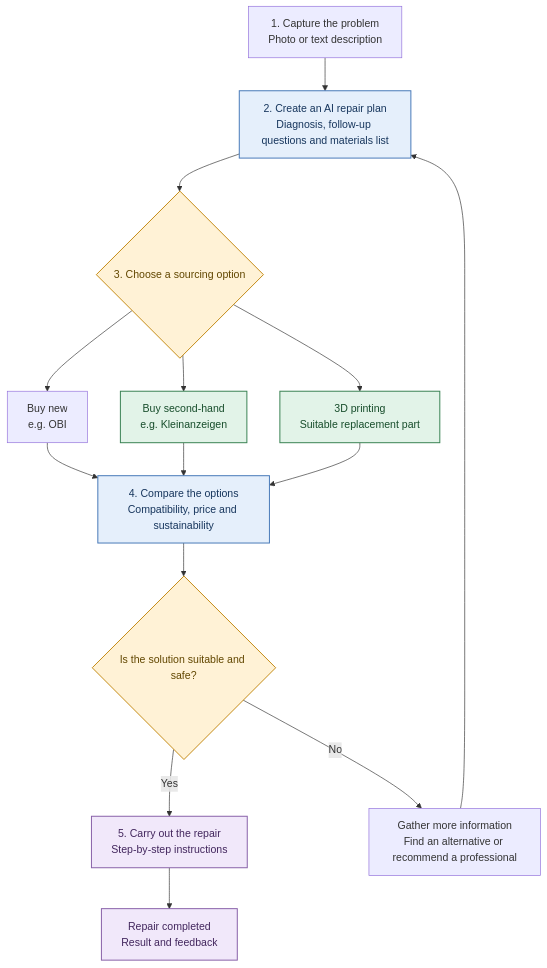
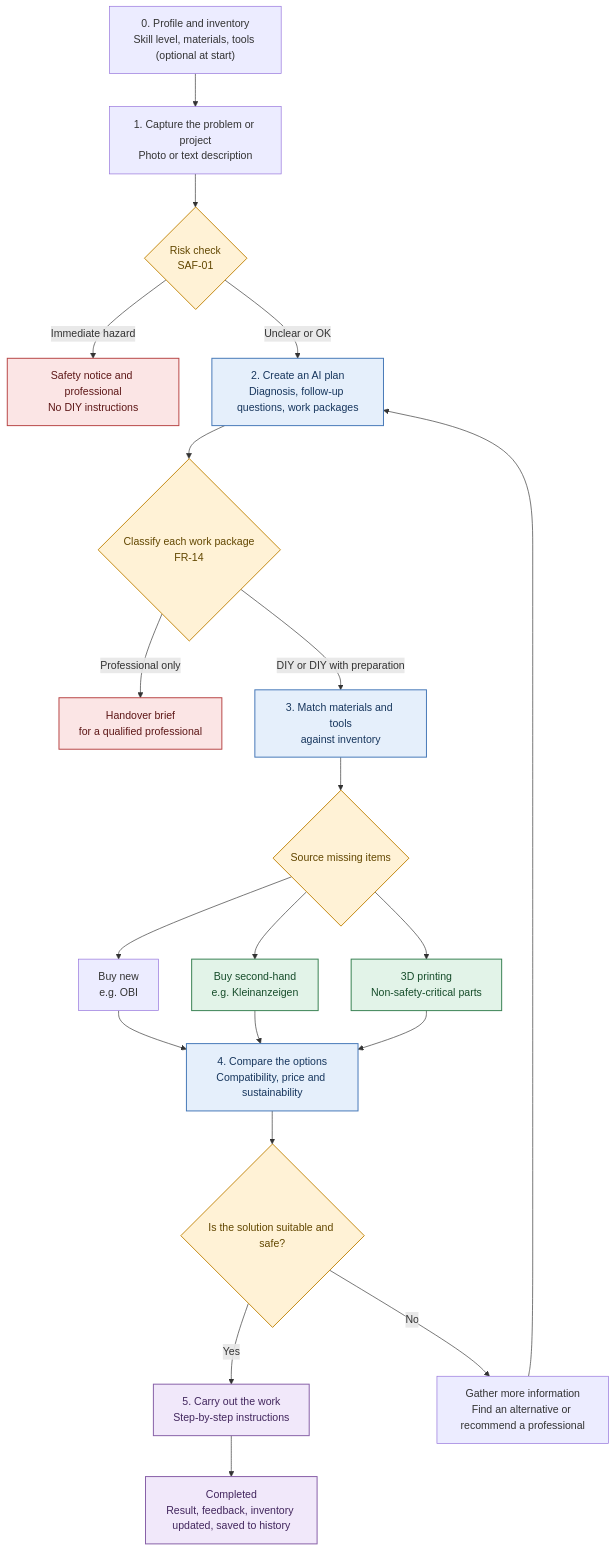
One commit to mrh421/Applied_AI_DAIY changed the diagram in Requirements_EN.md. Above: the diagram before and after it, drawn with Mermaid. The commit also changed other lines of this file and 1 other file, not shown here.

````diff
--- a/Requirements_EN.md
+++ b/Requirements_EN.md
@@ -9,31 +20,40 @@
 ```mermaid
 flowchart TD
-    A["1. Capture the problem<br/>Photo or text description"] --> B["2. Create an AI repair plan<br/>Diagnosis, follow-up questions and materials list"]
+    P["0. Profile and inventory<br/>Skill level, materials, tools (optional at start)"] --> A
+    A["1. Capture the problem or project<br/>Photo or text description"] --> R{"Risk check<br/>SAF-01"}
 
-    B --> C{"3. Choose a sourcing option"}
+    R -->|Immediate hazard| X["Safety notice and professional<br/>No DIY instructions"]
+    R -->|Unclear or OK| B["2. Create an AI plan<br/>Diagnosis, follow-up questions, work packages"]
 
+    B --> W{"Classify each work package<br/>FR-14"}
+    W -->|Professional only| Y["Handover brief<br/>for a qualified professional"]
+    W -->|DIY or DIY with preparation| M["3. Match materials and tools<br/>against inventory"]
+
+    M --> C{"Source missing items"}
     C --> D["Buy new<br/>e.g. OBI"]
     C --> E["Buy second-hand<br/>e.g. Kleinanzeigen"]
-    C --> F["3D printing<br/>Suitable replacement part"]
+    C --> F["3D printing<br/>Non-safety-critical parts"]
 
     D --> G["4. Compare the options<br/>Compatibility, price and sustainability"]
     E --> G
     F --> G
 
     G --> H{"Is the solution suitable and safe?"}
-    H -->|Yes| I["5. Carry out the repair<br/>Step-by-step instructions"]
+    H -->|Yes| I["5. Carry out the work<br/>Step-by-step instructions"]
     H -->|No| J["Gather more information<br/>Find an alternative or recommend a professional"]
 
     J --> B
-    I --> K["Repair completed<br/>Result and feedback"]
+    I --> K["Completed<br/>Result, feedback, inventory updated, saved to history"]
 
     classDef ai fill:#E5EFFB,stroke:#4779B8,color:#17365D,stroke-width:1.5px
     classDef decision fill:#FFF2D6,stroke:#C58B16,color:#624700,stroke-width:1.5px
     classDef sustainability fill:#E2F3E8,stroke:#398253,color:#174D2B,stroke-width:1.5px
     classDef outcome fill:#F1E8FA,stroke:#8860A8,color:#42265D,stroke-width:1.5px
+    classDef safety fill:#FBE5E5,stroke:#B84747,color:#5D1717,stroke-width:1.5px
 
-    class B,G ai
-    class C,H decision
+    class B,M,G ai
+    class R,W,C,H decision
     class E,F sustainability
     class I,K outcome
+    class X,Y safety
 ```
````
